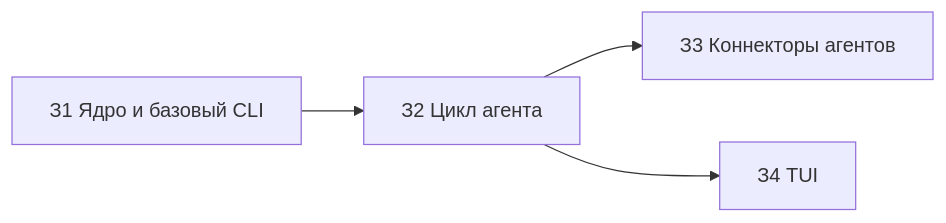
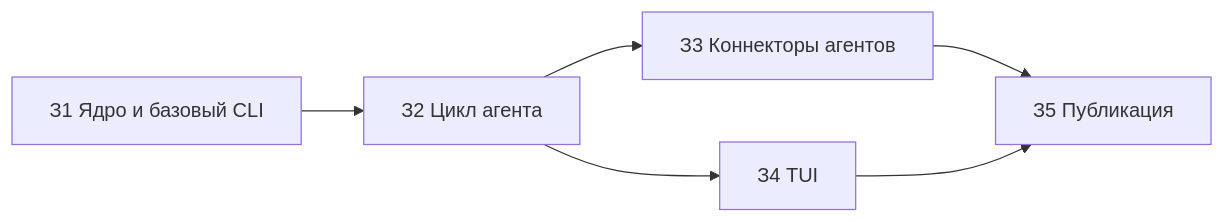
One commit to daniil4545/tix changed the diagram in docs/backlog.md. Above: the diagram before and after it, drawn with Mermaid. The commit also changed other lines of this file and 1 other file, not shown here.

````diff
--- a/docs/backlog.md
+++ b/docs/backlog.md
@@ -7,6 +7,8 @@
 ```mermaid
 flowchart LR
   t1["З1 Ядро и базовый CLI"] --> t2["З2 Цикл агента"]
   t2 --> t3["З3 Коннекторы агентов"]
   t2 --> t4["З4 TUI"]
+  t3 --> t5["З5 Публикация"]
+  t4 --> t5
 ```
````
